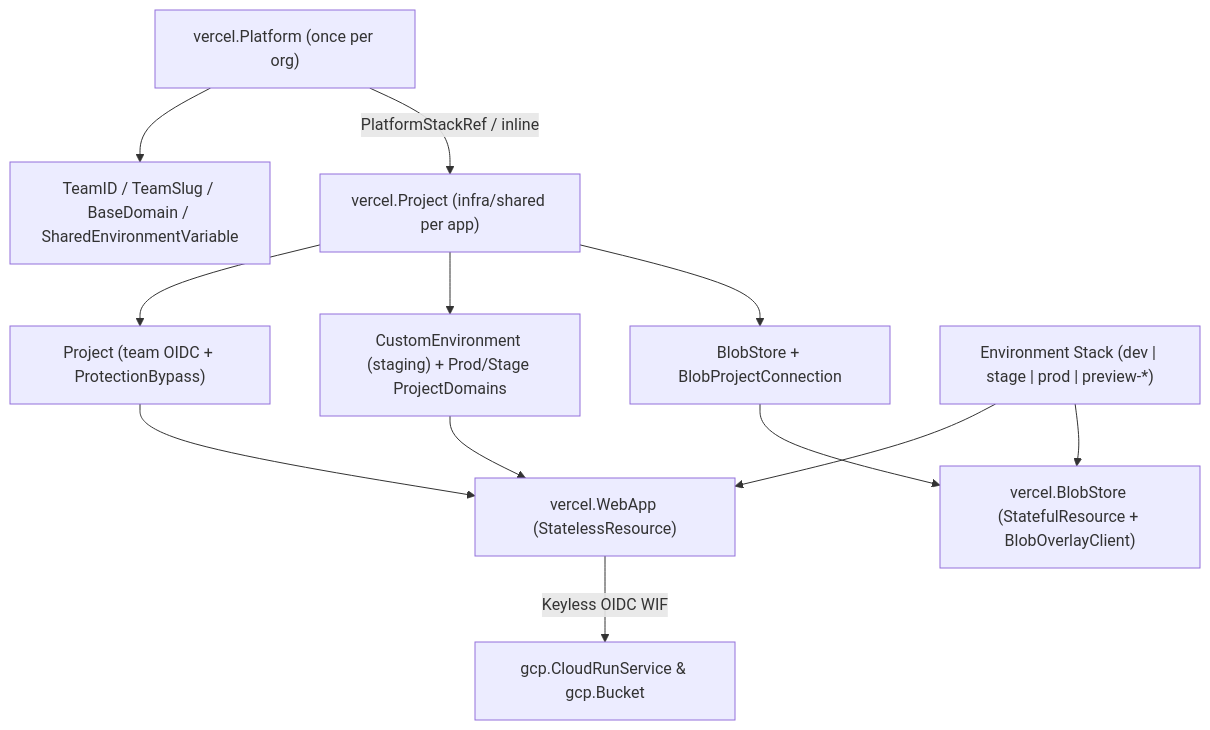
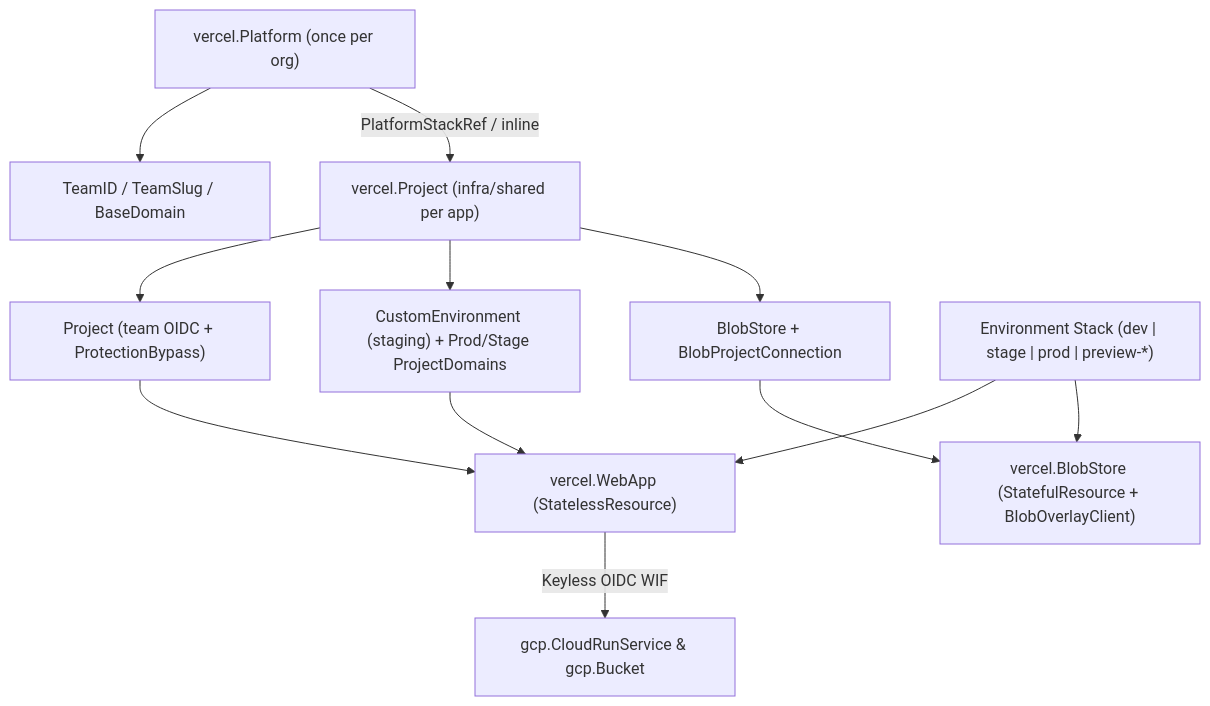
Before and after one commit to cloudvoyant/openbase: the diagram in docs/architecture/providers/vercel.md, drawn with Mermaid. The commit also changed other lines of this file and 15 other files, not shown here.

Commit message:
refactor(components): decouple org Platform specs from project and repo fields

````diff
--- a/docs/architecture/providers/vercel.md
+++ b/docs/architecture/providers/vercel.md
@@ -25,14 +25,14 @@
 ```mermaid
 flowchart TD
-    Org["vercel.Platform (once per org)"] --> TeamVars["TeamID / TeamSlug / BaseDomain / SharedEnvironmentVariable"]
+    Org["vercel.Platform (once per org)"] --> TeamVars["TeamID / TeamSlug / BaseDomain"]
     Proj["vercel.Project (infra/shared per app)"] --> VProj["Project (team OIDC + ProtectionBypass)"]
     Proj --> StageEnv["CustomEnvironment (staging) + Prod/Stage ProjectDomains"]
     Proj --> BlobRoot["BlobStore + BlobProjectConnection"]
     Org -->|"PlatformStackRef / inline"| Proj
     Env["Environment Stack (dev | stage | prod | preview-*)"] --> App["vercel.WebApp (StatelessResource)"]
     Env --> Blob["vercel.BlobStore (StatefulResource + BlobOverlayClient)"]
     VProj --> App
     StageEnv --> App
     BlobRoot --> Blob
     App -->|"Keyless OIDC WIF"| GCP["gcp.CloudRunService & gcp.Bucket"]
 ```
````
